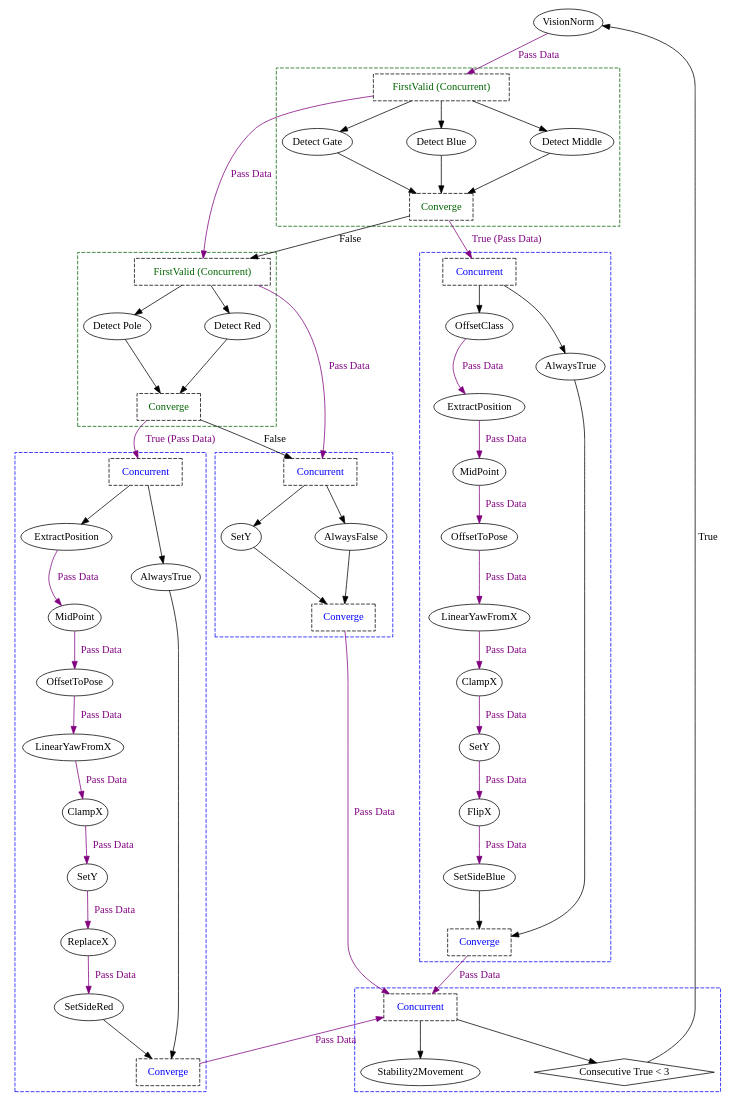
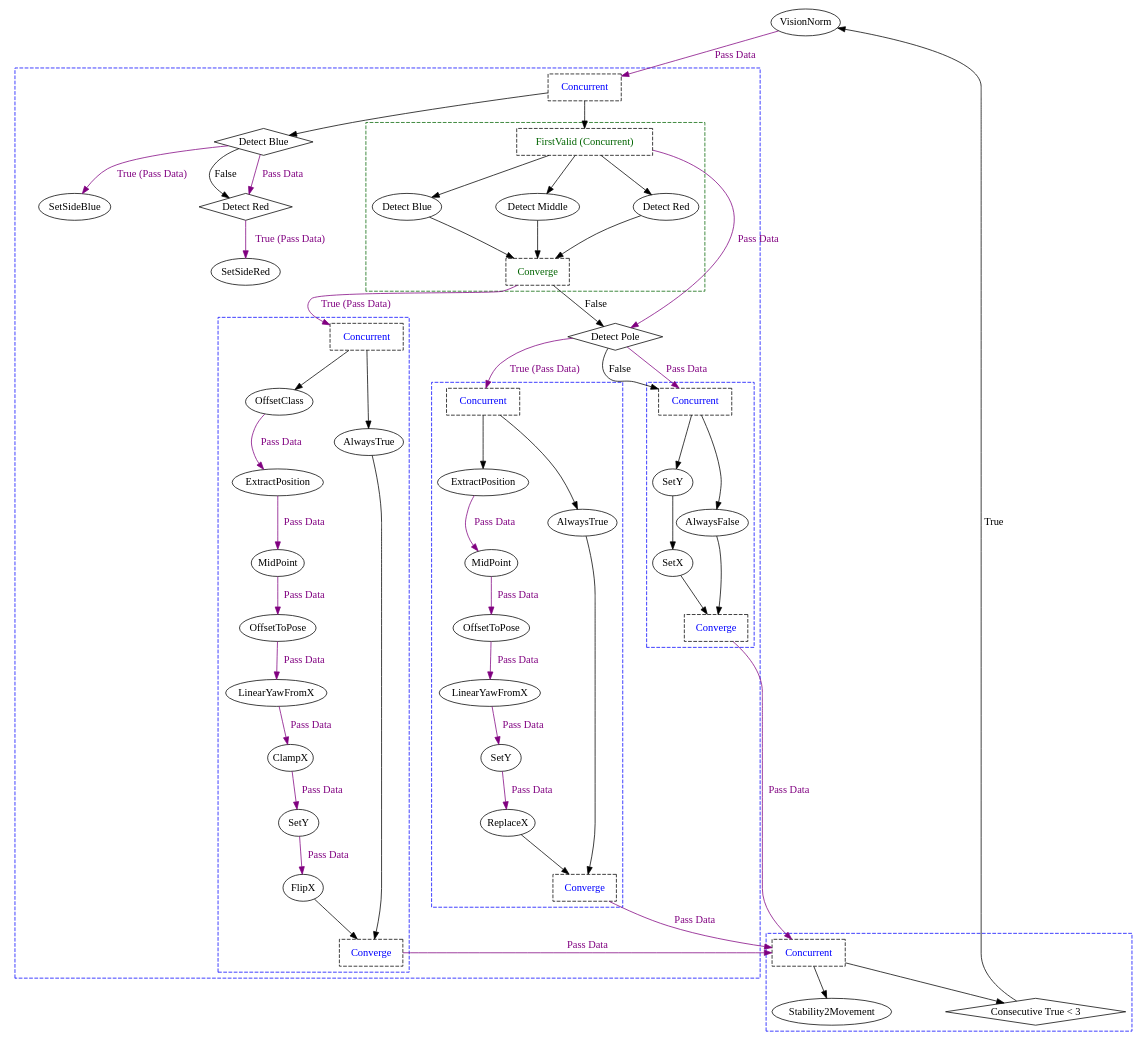
Before and after one commit to ncsurobotics/SW8S-Rust: the diagram in graphs/main/gate/gate_run_testing.dot, drawn with Graphviz. The commit also changed 28 other files, not shown here.

```diff
--- a/graphs/main/gate/gate_run_testing.dot
+++ b/graphs/main/gate/gate_run_testing.dot
@@ -2,127 +2,129 @@
 	splines = true;
 	nodesep = 1.0;
 	bgcolor = "none"
-	"c75a66ea-320b-40ef-bb2e-774f9c45624c" [shape = diamond];
-	"4aca400e-c920-4127-8d05-04016a487a3e" [shape = diamond];
-	"156ebced-bcf2-4d1f-a3f3-93dec472d9fd" [shape = diamond];
-	subgraph "cluster_9f436bc6-1b3c-4324-8d64-6d05808569c4" {
+	"986b2d36-fb91-4d60-9d4c-1a5d6c64c651" [shape = diamond];
+	subgraph "cluster_10ea77a8-3b00-43b0-afec-d09dd099f0a0" {
 		style = dashed;
 		color = blue;
-		"b35bbda2-2292-4540-be33-6424449e7ffc" -> "48587af2-0e1a-4ff2-911d-aec305dab860" [color = purple, fontcolor = purple, label = "Pass Data"];
-		"96e0ab21-9ff8-4075-a51b-8c5f402a2689" -> "b35bbda2-2292-4540-be33-6424449e7ffc" [color = purple, fontcolor = purple, label = "Pass Data"];
-		"f4984bef-d15d-498f-afd4-c11451f69c1d" -> "96e0ab21-9ff8-4075-a51b-8c5f402a2689" [color = purple, fontcolor = purple, label = "Pass Data"];
-		"9ad7f147-c0c2-4ff1-b1f8-fabfd3c356b7" -> "f4984bef-d15d-498f-afd4-c11451f69c1d" [color = purple, fontcolor = purple, label = "Pass Data"];
-		"89742f09-c88f-4368-bedf-d356862775ea" -> "9ad7f147-c0c2-4ff1-b1f8-fabfd3c356b7" [color = purple, fontcolor = purple, label = "Pass Data"];
-		"477eb860-27b9-4efd-84d3-c77121556e1f" -> "89742f09-c88f-4368-bedf-d356862775ea" [color = purple, fontcolor = purple, label = "Pass Data"];
-		"d53ebd56-9647-40d8-b553-e07b9ce22a2c" -> "477eb860-27b9-4efd-84d3-c77121556e1f" [color = purple, fontcolor = purple, label = "Pass Data"];
-		"4091006d-2f2f-4daf-8721-7d464109f019" -> "d53ebd56-9647-40d8-b553-e07b9ce22a2c" [color = purple, fontcolor = purple, label = "Pass Data"];
-		"739949f1-9b0f-4c1e-94fa-af2c13a89a5d" -> "4091006d-2f2f-4daf-8721-7d464109f019";
-		"739949f1-9b0f-4c1e-94fa-af2c13a89a5d" -> "e4339bc9-fd31-462f-bc75-159677ed1fe8";
-		"48587af2-0e1a-4ff2-911d-aec305dab860" -> "d442633e-fa2d-494b-a746-c5fa2a3ae2dd";
-		"e4339bc9-fd31-462f-bc75-159677ed1fe8" -> "d442633e-fa2d-494b-a746-c5fa2a3ae2dd";
-		"739949f1-9b0f-4c1e-94fa-af2c13a89a5d" [label = "Concurrent", shape = box, fontcolor = blue, style = dashed];
-		"4091006d-2f2f-4daf-8721-7d464109f019" [label = "OffsetClass", margin = 0];
-		"d53ebd56-9647-40d8-b553-e07b9ce22a2c" [label = "ExtractPosition", margin = 0];
-		"477eb860-27b9-4efd-84d3-c77121556e1f" [label = "MidPoint", margin = 0];
-		"89742f09-c88f-4368-bedf-d356862775ea" [label = "OffsetToPose", margin = 0];
-		"9ad7f147-c0c2-4ff1-b1f8-fabfd3c356b7" [label = "LinearYawFromX", margin = 0];
-		"f4984bef-d15d-498f-afd4-c11451f69c1d" [label = "ClampX", margin = 0];
-		"96e0ab21-9ff8-4075-a51b-8c5f402a2689" [label = "SetY", margin = 0];
-		"b35bbda2-2292-4540-be33-6424449e7ffc" [label = "FlipX", margin = 0];
-		"48587af2-0e1a-4ff2-911d-aec305dab860" [label = "SetSideBlue", margin = 0];
-		"e4339bc9-fd31-462f-bc75-159677ed1fe8" [label = "AlwaysTrue", margin = 0];
-		"d442633e-fa2d-494b-a746-c5fa2a3ae2dd" [label = "Converge", shape = box, fontcolor = blue, style = dashed];
+		"e274fe88-f425-4365-9f95-b3bb9ea5ac47" [shape = diamond];
+		"1bf5ff1e-5a0a-4677-b601-6cfcd6ee3cdd" [shape = diamond];
+		"e8780b18-abba-45d9-bc30-3f89785521fd" [shape = diamond];
+		"83c118bc-3dbf-4dc2-a70f-c7291eda90d7" [shape = diamond];
+		subgraph "cluster_15286b83-456f-4abd-a2de-11ace3076962" {
+			style = dashed;
+			color = blue;
+			"89d72ada-8cee-4688-9799-3ba67faa633d" -> "6b98a045-c8ae-4f49-aa40-da55146cdb63" [color = purple, fontcolor = purple, label = "Pass Data"];
+			"f30bc867-48a7-45b5-950a-4c08052bd834" -> "89d72ada-8cee-4688-9799-3ba67faa633d" [color = purple, fontcolor = purple, label = "Pass Data"];
+			"5be92686-47d6-4378-9628-c0489dac6ce2" -> "f30bc867-48a7-45b5-950a-4c08052bd834" [color = purple, fontcolor = purple, label = "Pass Data"];
+			"665b89b5-c67d-41c6-aa50-bdd6fb1cb775" -> "5be92686-47d6-4378-9628-c0489dac6ce2" [color = purple, fontcolor = purple, label = "Pass Data"];
+			"bb4b4d9f-2881-430f-a186-56fb98800380" -> "665b89b5-c67d-41c6-aa50-bdd6fb1cb775" [color = purple, fontcolor = purple, label = "Pass Data"];
+			"6606c86c-9287-423b-b668-7b81238ab449" -> "bb4b4d9f-2881-430f-a186-56fb98800380" [color = purple, fontcolor = purple, label = "Pass Data"];
+			"c8216120-55fe-473b-a9b5-3e1e5425f188" -> "6606c86c-9287-423b-b668-7b81238ab449" [color = purple, fontcolor = purple, label = "Pass Data"];
+			"f3192ad3-507d-436b-9ced-15fd5d6da0e6" -> "c8216120-55fe-473b-a9b5-3e1e5425f188";
+			"f3192ad3-507d-436b-9ced-15fd5d6da0e6" -> "3e75d696-67f9-4b6a-8fec-2f3fee5004d0";
+			"6b98a045-c8ae-4f49-aa40-da55146cdb63" -> "aa48a6fc-65b6-4d99-91fc-fa037d0d15fb";
+			"3e75d696-67f9-4b6a-8fec-2f3fee5004d0" -> "aa48a6fc-65b6-4d99-91fc-fa037d0d15fb";
+			"f3192ad3-507d-436b-9ced-15fd5d6da0e6" [label = "Concurrent", shape = box, fontcolor = blue, style = dashed];
+			"c8216120-55fe-473b-a9b5-3e1e5425f188" [label = "OffsetClass", margin = 0];
+			"6606c86c-9287-423b-b668-7b81238ab449" [label = "ExtractPosition", margin = 0];
+			"bb4b4d9f-2881-430f-a186-56fb98800380" [label = "MidPoint", margin = 0];
+			"665b89b5-c67d-41c6-aa50-bdd6fb1cb775" [label = "OffsetToPose", margin = 0];
+			"5be92686-47d6-4378-9628-c0489dac6ce2" [label = "LinearYawFromX", margin = 0];
+			"f30bc867-48a7-45b5-950a-4c08052bd834" [label = "ClampX", margin = 0];
+			"89d72ada-8cee-4688-9799-3ba67faa633d" [label = "SetY", margin = 0];
+			"6b98a045-c8ae-4f49-aa40-da55146cdb63" [label = "FlipX", margin = 0];
+			"3e75d696-67f9-4b6a-8fec-2f3fee5004d0" [label = "AlwaysTrue", margin = 0];
+			"aa48a6fc-65b6-4d99-91fc-fa037d0d15fb" [label = "Converge", shape = box, fontcolor = blue, style = dashed];
+		}
+		
+		subgraph "cluster_602746cd-853b-485f-91bf-49cfdb4e3c6b" {
+			style = dashed;
+			color = blue;
+			"e7223abf-2926-43e9-b24c-26bc2c0fd4a3" -> "38386e27-8559-484f-8059-e991d55f3e60" [color = purple, fontcolor = purple, label = "Pass Data"];
+			"8c749296-c92f-4e78-ae1b-fb9f01d2d6b5" -> "e7223abf-2926-43e9-b24c-26bc2c0fd4a3" [color = purple, fontcolor = purple, label = "Pass Data"];
+			"80a6e14c-6a48-4ea6-a002-2ef38e181b85" -> "8c749296-c92f-4e78-ae1b-fb9f01d2d6b5" [color = purple, fontcolor = purple, label = "Pass Data"];
+			"08685cc7-e3fc-4265-aae6-e496b22e130b" -> "80a6e14c-6a48-4ea6-a002-2ef38e181b85" [color = purple, fontcolor = purple, label = "Pass Data"];
+			"50c7102e-6517-4145-9e1b-ef48cdc5465f" -> "08685cc7-e3fc-4265-aae6-e496b22e130b" [color = purple, fontcolor = purple, label = "Pass Data"];
+			"ec00e204-13b0-495a-980d-97723c2b088c" -> "50c7102e-6517-4145-9e1b-ef48cdc5465f";
+			"ec00e204-13b0-495a-980d-97723c2b088c" -> "468b29ca-039d-46d4-8cbc-c3be8078fa85";
+			"38386e27-8559-484f-8059-e991d55f3e60" -> "d62eccd0-e23b-4f39-ad90-3370b02f001d";
+			"468b29ca-039d-46d4-8cbc-c3be8078fa85" -> "d62eccd0-e23b-4f39-ad90-3370b02f001d";
+			"ec00e204-13b0-495a-980d-97723c2b088c" [label = "Concurrent", shape = box, fontcolor = blue, style = dashed];
+			"50c7102e-6517-4145-9e1b-ef48cdc5465f" [label = "ExtractPosition", margin = 0];
+			"08685cc7-e3fc-4265-aae6-e496b22e130b" [label = "MidPoint", margin = 0];
+			"80a6e14c-6a48-4ea6-a002-2ef38e181b85" [label = "OffsetToPose", margin = 0];
+			"8c749296-c92f-4e78-ae1b-fb9f01d2d6b5" [label = "LinearYawFromX", margin = 0];
+			"e7223abf-2926-43e9-b24c-26bc2c0fd4a3" [label = "SetY", margin = 0];
+			"38386e27-8559-484f-8059-e991d55f3e60" [label = "ReplaceX", margin = 0];
+			"468b29ca-039d-46d4-8cbc-c3be8078fa85" [label = "AlwaysTrue", margin = 0];
+			"d62eccd0-e23b-4f39-ad90-3370b02f001d" [label = "Converge", shape = box, fontcolor = blue, style = dashed];
+		}
+		
+		subgraph "cluster_53cef6f6-949e-4cfd-9464-7da720b28545" {
+			style = dashed;
+			color = blue;
+			"53bdc01e-328d-438d-8c40-1e2fee1931b5" -> "fc971dcf-bafe-4de7-9ccf-a59a44e19b63" ;
+			"1150bdb2-9d6d-410a-8c5d-20febba07863" -> "53bdc01e-328d-438d-8c40-1e2fee1931b5";
+			"1150bdb2-9d6d-410a-8c5d-20febba07863" -> "8eba0471-201b-45e6-bbf7-8a5bc4f88add";
+			"fc971dcf-bafe-4de7-9ccf-a59a44e19b63" -> "1e1d044b-ec3e-4225-acfd-6a8c9ca3684b";
+			"8eba0471-201b-45e6-bbf7-8a5bc4f88add" -> "1e1d044b-ec3e-4225-acfd-6a8c9ca3684b";
+			"1150bdb2-9d6d-410a-8c5d-20febba07863" [label = "Concurrent", shape = box, fontcolor = blue, style = dashed];
+			"53bdc01e-328d-438d-8c40-1e2fee1931b5" [label = "SetY", margin = 0];
+			"fc971dcf-bafe-4de7-9ccf-a59a44e19b63" [label = "SetX", margin = 0];
+			"8eba0471-201b-45e6-bbf7-8a5bc4f88add" [label = "AlwaysFalse", margin = 0];
+			"1e1d044b-ec3e-4225-acfd-6a8c9ca3684b" [label = "Converge", shape = box, fontcolor = blue, style = dashed];
+		}
+		
+		subgraph "cluster_909f150c-09c8-4c73-94c6-6445ab6a31b4" {
+			style = dashed;
+			color = darkgreen;
+			"d4c459ea-8314-4082-87ca-ed6f3331d808" -> "acca4f23-207e-4e28-9bbe-da4156a30b9a";
+			"d4c459ea-8314-4082-87ca-ed6f3331d808" -> "a1051981-bdff-4b78-87dc-9f5fa915ba3b";
+			"d4c459ea-8314-4082-87ca-ed6f3331d808" -> "ede82490-dd31-46a9-abb0-4c6f5e08d21e";
+			"acca4f23-207e-4e28-9bbe-da4156a30b9a" -> "83c118bc-3dbf-4dc2-a70f-c7291eda90d7";
+			"a1051981-bdff-4b78-87dc-9f5fa915ba3b" -> "83c118bc-3dbf-4dc2-a70f-c7291eda90d7";
+			"ede82490-dd31-46a9-abb0-4c6f5e08d21e" -> "83c118bc-3dbf-4dc2-a70f-c7291eda90d7";
+			"d4c459ea-8314-4082-87ca-ed6f3331d808" [label = "FirstValid (Concurrent)", shape = box, fontcolor = darkgreen, style = dashed];
+			"acca4f23-207e-4e28-9bbe-da4156a30b9a" [label = "Detect Blue", margin = 0];
+			"a1051981-bdff-4b78-87dc-9f5fa915ba3b" [label = "Detect Middle", margin = 0];
+			"ede82490-dd31-46a9-abb0-4c6f5e08d21e" [label = "Detect Red", margin = 0];
+			"83c118bc-3dbf-4dc2-a70f-c7291eda90d7" [label = "Converge", shape = box, fontcolor = darkgreen, style = dashed];
+		}
+		
+		"e274fe88-f425-4365-9f95-b3bb9ea5ac47" -> "644a9072-7c22-468c-853b-007403c5ff6d" [color = purple, fontcolor = purple, label = "True (Pass Data)"];
+		"1bf5ff1e-5a0a-4677-b601-6cfcd6ee3cdd" -> "f631ed2f-5776-4dc1-9229-f8f997980d31" [color = purple, fontcolor = purple, label = "True (Pass Data)"];
+		"1bf5ff1e-5a0a-4677-b601-6cfcd6ee3cdd" -> "e274fe88-f425-4365-9f95-b3bb9ea5ac47" [label = "False"];
+		"1bf5ff1e-5a0a-4677-b601-6cfcd6ee3cdd" -> "e274fe88-f425-4365-9f95-b3bb9ea5ac47" [color = purple, fontcolor = purple, label = "Pass Data"];
+		"e8780b18-abba-45d9-bc30-3f89785521fd" -> "ec00e204-13b0-495a-980d-97723c2b088c" [color = purple, fontcolor = purple, label = "True (Pass Data)"];
+		"e8780b18-abba-45d9-bc30-3f89785521fd" -> "1150bdb2-9d6d-410a-8c5d-20febba07863" [label = "False"];
+		"e8780b18-abba-45d9-bc30-3f89785521fd" -> "1150bdb2-9d6d-410a-8c5d-20febba07863" [color = purple, fontcolor = purple, label = "Pass Data"];
+		"83c118bc-3dbf-4dc2-a70f-c7291eda90d7" -> "f3192ad3-507d-436b-9ced-15fd5d6da0e6" [color = purple, fontcolor = purple, label = "True (Pass Data)"];
+		"83c118bc-3dbf-4dc2-a70f-c7291eda90d7" -> "e8780b18-abba-45d9-bc30-3f89785521fd" [label = "False"];
+		"d4c459ea-8314-4082-87ca-ed6f3331d808" -> "e8780b18-abba-45d9-bc30-3f89785521fd" [color = purple, fontcolor = purple, label = "Pass Data"];
+		"3431163b-523d-4f88-80d4-13e32b13e1e3" -> "1bf5ff1e-5a0a-4677-b601-6cfcd6ee3cdd";
+		"3431163b-523d-4f88-80d4-13e32b13e1e3" -> "d4c459ea-8314-4082-87ca-ed6f3331d808";
+		"3431163b-523d-4f88-80d4-13e32b13e1e3" [label = "Concurrent", shape = box, fontcolor = blue, style = dashed];
+		"f631ed2f-5776-4dc1-9229-f8f997980d31" [label = "SetSideBlue", margin = 0];
+		"644a9072-7c22-468c-853b-007403c5ff6d" [label = "SetSideRed", margin = 0];
+		"e274fe88-f425-4365-9f95-b3bb9ea5ac47" [label = "Detect Red", margin = 0];
+		"1bf5ff1e-5a0a-4677-b601-6cfcd6ee3cdd" [label = "Detect Blue", margin = 0];
+		"e8780b18-abba-45d9-bc30-3f89785521fd" [label = "Detect Pole", margin = 0];
 	}
 	
-	subgraph "cluster_66c73e49-8cba-4bdd-acd7-076ec92c74ff" {
+	subgraph "cluster_9d20adfb-b810-4a12-b59f-239f54366866" {
 		style = dashed;
 		color = blue;
-		"0e51ecbc-9b1c-4ebd-b431-aac2b1bcf6bd" -> "06c06853-d7f8-460f-bc19-2f5a2480f89a" [color = purple, fontcolor = purple, label = "Pass Data"];
-		"9fd53b47-8cbc-4658-8abb-4d1cb2f5cf48" -> "0e51ecbc-9b1c-4ebd-b431-aac2b1bcf6bd" [color = purple, fontcolor = purple, label = "Pass Data"];
-		"91684c86-d321-45c3-ab7c-f036a04f955e" -> "9fd53b47-8cbc-4658-8abb-4d1cb2f5cf48" [color = purple, fontcolor = purple, label = "Pass Data"];
-		"1afbe21e-f83e-4122-bec3-8b133bc57e8e" -> "91684c86-d321-45c3-ab7c-f036a04f955e" [color = purple, fontcolor = purple, label = "Pass Data"];
-		"366f85ff-53eb-4141-a046-caffe8c1d9fa" -> "1afbe21e-f83e-4122-bec3-8b133bc57e8e" [color = purple, fontcolor = purple, label = "Pass Data"];
-		"44745f08-b6d1-4398-8b49-f44895507962" -> "366f85ff-53eb-4141-a046-caffe8c1d9fa" [color = purple, fontcolor = purple, label = "Pass Data"];
-		"4391c507-55b4-4145-a820-c5de945814b0" -> "44745f08-b6d1-4398-8b49-f44895507962" [color = purple, fontcolor = purple, label = "Pass Data"];
-		"9a93dbdb-a15b-402a-b7b5-b842865d1c11" -> "4391c507-55b4-4145-a820-c5de945814b0";
-		"9a93dbdb-a15b-402a-b7b5-b842865d1c11" -> "ca7cce31-835a-4e37-8691-366398657935";
-		"06c06853-d7f8-460f-bc19-2f5a2480f89a" -> "98e0674e-69c0-4353-9a79-6e179299c0a5";
-		"ca7cce31-835a-4e37-8691-366398657935" -> "98e0674e-69c0-4353-9a79-6e179299c0a5";
-		"9a93dbdb-a15b-402a-b7b5-b842865d1c11" [label = "Concurrent", shape = box, fontcolor = blue, style = dashed];
-		"4391c507-55b4-4145-a820-c5de945814b0" [label = "ExtractPosition", margin = 0];
-		"44745f08-b6d1-4398-8b49-f44895507962" [label = "MidPoint", margin = 0];
-		"366f85ff-53eb-4141-a046-caffe8c1d9fa" [label = "OffsetToPose", margin = 0];
-		"1afbe21e-f83e-4122-bec3-8b133bc57e8e" [label = "LinearYawFromX", margin = 0];
-		"91684c86-d321-45c3-ab7c-f036a04f955e" [label = "ClampX", margin = 0];
-		"9fd53b47-8cbc-4658-8abb-4d1cb2f5cf48" [label = "SetY", margin = 0];
-		"0e51ecbc-9b1c-4ebd-b431-aac2b1bcf6bd" [label = "ReplaceX", margin = 0];
-		"06c06853-d7f8-460f-bc19-2f5a2480f89a" [label = "SetSideRed", margin = 0];
-		"ca7cce31-835a-4e37-8691-366398657935" [label = "AlwaysTrue", margin = 0];
-		"98e0674e-69c0-4353-9a79-6e179299c0a5" [label = "Converge", shape = box, fontcolor = blue, style = dashed];
+		"3d069871-37a0-44b1-b6b5-cede959534ac" -> "89198fe5-ea7d-4af1-91d1-0f69e5f764a0";
+		"3d069871-37a0-44b1-b6b5-cede959534ac" -> "986b2d36-fb91-4d60-9d4c-1a5d6c64c651";
+		"3d069871-37a0-44b1-b6b5-cede959534ac" [label = "Concurrent", shape = box, fontcolor = blue, style = dashed];
+		"89198fe5-ea7d-4af1-91d1-0f69e5f764a0" [label = "Stability2Movement", margin = 0];
+		"986b2d36-fb91-4d60-9d4c-1a5d6c64c651" [label = "Consecutive True < 3", margin = 0];
 	}
 	
-	subgraph "cluster_22bb9bda-7773-47c4-a0c3-d46af3d04724" {
-		style = dashed;
-		color = blue;
-		"79d51f14-c174-4f85-94ce-74e3e3116a83" -> "2dbee239-ed8a-4727-9d1c-09b4fb98f51b";
-		"79d51f14-c174-4f85-94ce-74e3e3116a83" -> "3419433a-cbe8-4081-9846-bba3ecff9f1f";
-		"2dbee239-ed8a-4727-9d1c-09b4fb98f51b" -> "c81ae082-0620-4f05-bb88-0cc8aff49298";
-		"3419433a-cbe8-4081-9846-bba3ecff9f1f" -> "c81ae082-0620-4f05-bb88-0cc8aff49298";
-		"79d51f14-c174-4f85-94ce-74e3e3116a83" [label = "Concurrent", shape = box, fontcolor = blue, style = dashed];
-		"2dbee239-ed8a-4727-9d1c-09b4fb98f51b" [label = "SetY", margin = 0];
-		"3419433a-cbe8-4081-9846-bba3ecff9f1f" [label = "AlwaysFalse", margin = 0];
-		"c81ae082-0620-4f05-bb88-0cc8aff49298" [label = "Converge", shape = box, fontcolor = blue, style = dashed];
-	}
-	
-	subgraph "cluster_7bec3714-7bf2-4ac4-8bf8-133e0920bd0c" {
-		style = dashed;
-		color = darkgreen;
-		"922d2b6e-145e-4f5f-8d33-06eb38c5d9db" -> "0b1e05dd-5334-49b7-98c5-c4100eb4c615";
-		"922d2b6e-145e-4f5f-8d33-06eb38c5d9db" -> "b16b36d8-4fcd-4e41-8788-c7043124d43e";
-		"0b1e05dd-5334-49b7-98c5-c4100eb4c615" -> "c75a66ea-320b-40ef-bb2e-774f9c45624c";
-		"b16b36d8-4fcd-4e41-8788-c7043124d43e" -> "c75a66ea-320b-40ef-bb2e-774f9c45624c";
-		"922d2b6e-145e-4f5f-8d33-06eb38c5d9db" [label = "FirstValid (Concurrent)", shape = box, fontcolor = darkgreen, style = dashed];
-		"0b1e05dd-5334-49b7-98c5-c4100eb4c615" [label = "Detect Pole", margin = 0];
-		"b16b36d8-4fcd-4e41-8788-c7043124d43e" [label = "Detect Red", margin = 0];
-		"c75a66ea-320b-40ef-bb2e-774f9c45624c" [label = "Converge", shape = box, fontcolor = darkgreen, style = dashed];
-	}
-	
-	subgraph "cluster_c2543d85-084b-442d-9e98-58e08a1a7c4d" {
-		style = dashed;
-		color = darkgreen;
-		"a3c92f4f-9c0e-499e-83e1-2f6dae7ccb4e" -> "be06b894-7464-419f-ac7b-65da0d622997";
-		"a3c92f4f-9c0e-499e-83e1-2f6dae7ccb4e" -> "499bf8a8-9eac-4187-988c-b72c99b39524";
-		"a3c92f4f-9c0e-499e-83e1-2f6dae7ccb4e" -> "8a47a8cb-189d-4348-855d-bb919c08287d";
-		"be06b894-7464-419f-ac7b-65da0d622997" -> "4aca400e-c920-4127-8d05-04016a487a3e";
-		"499bf8a8-9eac-4187-988c-b72c99b39524" -> "4aca400e-c920-4127-8d05-04016a487a3e";
-		"8a47a8cb-189d-4348-855d-bb919c08287d" -> "4aca400e-c920-4127-8d05-04016a487a3e";
-		"a3c92f4f-9c0e-499e-83e1-2f6dae7ccb4e" [label = "FirstValid (Concurrent)", shape = box, fontcolor = darkgreen, style = dashed];
-		"be06b894-7464-419f-ac7b-65da0d622997" [label = "Detect Gate", margin = 0];
-		"499bf8a8-9eac-4187-988c-b72c99b39524" [label = "Detect Blue", margin = 0];
-		"8a47a8cb-189d-4348-855d-bb919c08287d" [label = "Detect Middle", margin = 0];
-		"4aca400e-c920-4127-8d05-04016a487a3e" [label = "Converge", shape = box, fontcolor = darkgreen, style = dashed];
-	}
-	
-	subgraph "cluster_81046648-05b8-4cfb-98be-9df7398f38f0" {
-		style = dashed;
-		color = blue;
-		"f227b74b-06d4-449b-ab4b-a731c34e2723" -> "cd6888af-dd98-4ef2-a4a9-b06215b73a1c";
-		"f227b74b-06d4-449b-ab4b-a731c34e2723" -> "156ebced-bcf2-4d1f-a3f3-93dec472d9fd";
-		"f227b74b-06d4-449b-ab4b-a731c34e2723" [label = "Concurrent", shape = box, fontcolor = blue, style = dashed];
-		"cd6888af-dd98-4ef2-a4a9-b06215b73a1c" [label = "Stability2Movement", margin = 0];
-		"156ebced-bcf2-4d1f-a3f3-93dec472d9fd" [label = "Consecutive True < 3", margin = 0];
-	}
-	
-	"c75a66ea-320b-40ef-bb2e-774f9c45624c" -> "9a93dbdb-a15b-402a-b7b5-b842865d1c11" [color = purple, fontcolor = purple, label = "True (Pass Data)"];
-	"c75a66ea-320b-40ef-bb2e-774f9c45624c" -> "79d51f14-c174-4f85-94ce-74e3e3116a83" [label = "False"];
-	"922d2b6e-145e-4f5f-8d33-06eb38c5d9db" -> "79d51f14-c174-4f85-94ce-74e3e3116a83" [color = purple, fontcolor = purple, label = "Pass Data"];
-	"4aca400e-c920-4127-8d05-04016a487a3e" -> "739949f1-9b0f-4c1e-94fa-af2c13a89a5d" [color = purple, fontcolor = purple, label = "True (Pass Data)"];
-	"4aca400e-c920-4127-8d05-04016a487a3e" -> "922d2b6e-145e-4f5f-8d33-06eb38c5d9db" [label = "False"];
-	"a3c92f4f-9c0e-499e-83e1-2f6dae7ccb4e" -> "922d2b6e-145e-4f5f-8d33-06eb38c5d9db" [color = purple, fontcolor = purple, label = "Pass Data"];
-	"d442633e-fa2d-494b-a746-c5fa2a3ae2dd" -> "f227b74b-06d4-449b-ab4b-a731c34e2723" [color = purple, fontcolor = purple, label = "Pass Data"];
-	"98e0674e-69c0-4353-9a79-6e179299c0a5" -> "f227b74b-06d4-449b-ab4b-a731c34e2723" [color = purple, fontcolor = purple, label = "Pass Data"];
-	"c81ae082-0620-4f05-bb88-0cc8aff49298" -> "f227b74b-06d4-449b-ab4b-a731c34e2723" [color = purple, fontcolor = purple, label = "Pass Data"];
-	"333a591a-b121-4d4e-99ca-54e856b4fb4a" -> "a3c92f4f-9c0e-499e-83e1-2f6dae7ccb4e" [color = purple, fontcolor = purple, label = "Pass Data"];
-	"156ebced-bcf2-4d1f-a3f3-93dec472d9fd" -> "333a591a-b121-4d4e-99ca-54e856b4fb4a" [label = "True"];
-	"333a591a-b121-4d4e-99ca-54e856b4fb4a" [label = "VisionNorm", margin = 0];
+	"aa48a6fc-65b6-4d99-91fc-fa037d0d15fb" -> "3d069871-37a0-44b1-b6b5-cede959534ac" [color = purple, fontcolor = purple, label = "Pass Data"];
+	"d62eccd0-e23b-4f39-ad90-3370b02f001d" -> "3d069871-37a0-44b1-b6b5-cede959534ac" [color = purple, fontcolor = purple, label = "Pass Data"];
+	"1e1d044b-ec3e-4225-acfd-6a8c9ca3684b" -> "3d069871-37a0-44b1-b6b5-cede959534ac" [color = purple, fontcolor = purple, label = "Pass Data"];
+	"fdbcb89a-6649-4a84-ae58-6e3566ff0c24" -> "3431163b-523d-4f88-80d4-13e32b13e1e3" [color = purple, fontcolor = purple, label = "Pass Data"];
+	"986b2d36-fb91-4d60-9d4c-1a5d6c64c651" -> "fdbcb89a-6649-4a84-ae58-6e3566ff0c24" [label = "True"];
+	"fdbcb89a-6649-4a84-ae58-6e3566ff0c24" [label = "VisionNorm", margin = 0];
 }
```
